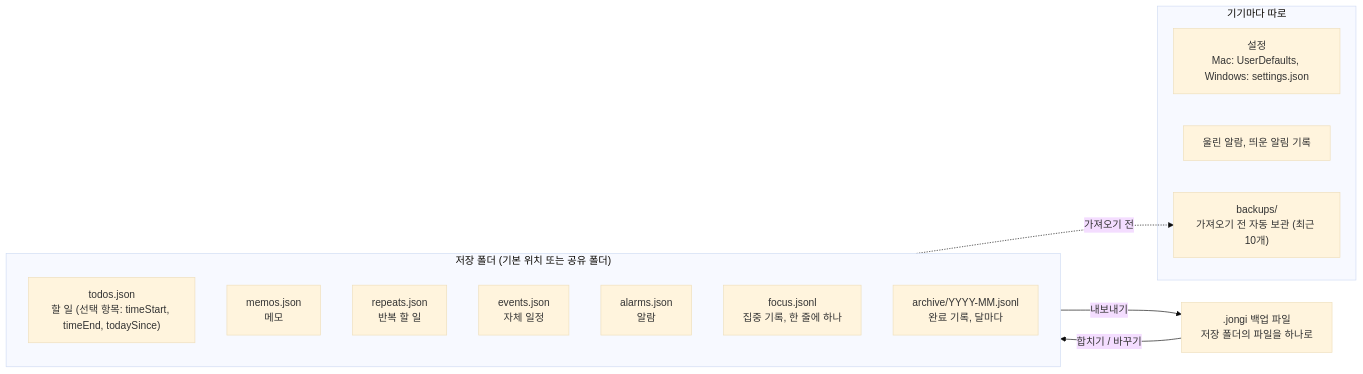
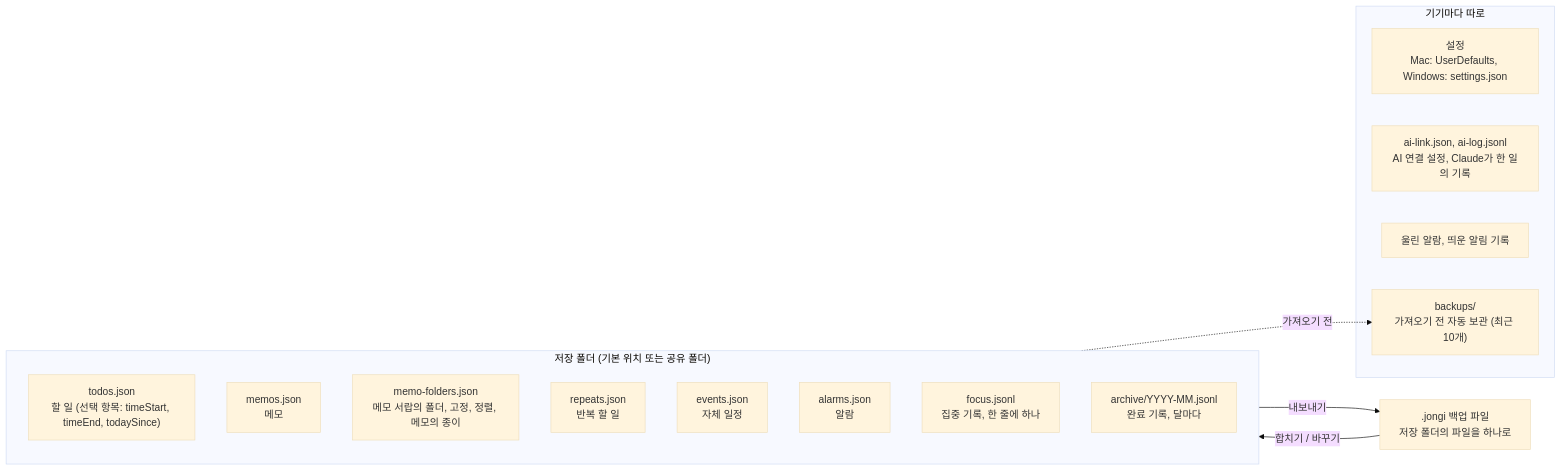
Before and after one commit to leeahwi/jongi-nyang-app: the third of 5 diagrams in docs/architecture.md, drawn with Mermaid (base theme). The commit also changed other lines of this file and 223 other files, not shown here.

````diff
--- a/docs/architecture.md
+++ b/docs/architecture.md
@@ -108,22 +117,24 @@
 ```mermaid
 flowchart LR
     subgraph FOLDER["저장 폴더 (기본 위치 또는 공유 폴더)"]
         direction TB
         T["todos.json<br/>할 일 (선택 항목: timeStart, timeEnd, todaySince)"]
         ME["memos.json<br/>메모"]
+        MF["memo-folders.json<br/>메모 서랍의 폴더, 고정, 정렬, 메모의 종이"]
         R["repeats.json<br/>반복 할 일"]
         E["events.json<br/>자체 일정"]
         A["alarms.json<br/>알람"]
         F["focus.jsonl<br/>집중 기록, 한 줄에 하나"]
         AR["archive/YYYY-MM.jsonl<br/>완료 기록, 달마다"]
     end
     subgraph DEVICE["기기마다 따로"]
         S["설정<br/>Mac: UserDefaults, Windows: settings.json"]
+        AI["ai-link.json, ai-log.jsonl<br/>AI 연결 설정, Claude가 한 일의 기록"]
         H["울린 알람, 띄운 알림 기록"]
         B["backups/<br/>가져오기 전 자동 보관 (최근 10개)"]
     end
     X[".jongi 백업 파일<br/>저장 폴더의 파일을 하나로"]
     FOLDER -->|내보내기| X
     X -->|합치기 / 바꾸기| FOLDER
     FOLDER -.가져오기 전.-> B
 ```
````
